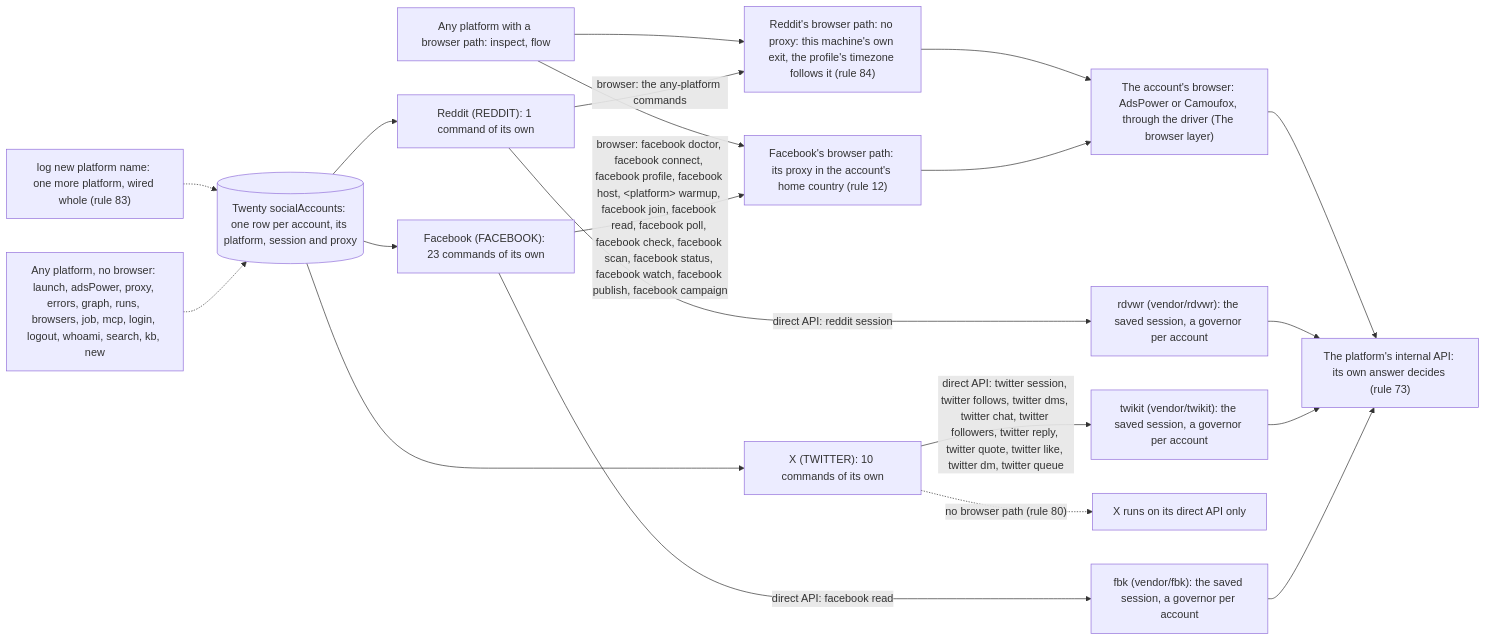
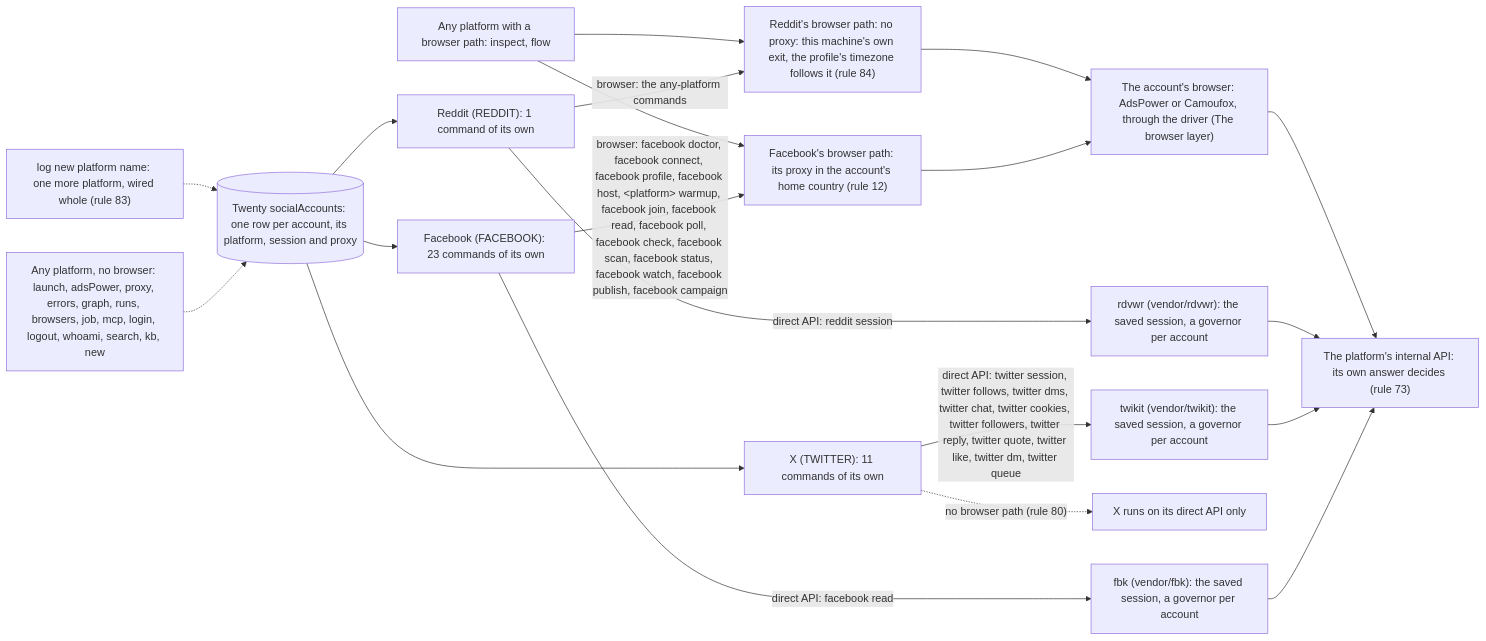
One commit to matthewdonsemail-lab/log changed the diagram in docs/diagrams/platforms.mmd. Above: the diagram before and after it, drawn with Mermaid. The commit also changed 33 other files, not shown here.

Commit message:
feat(twitter): add any X account to Twenty with cookies save, and a copy style per account

```diff
--- a/docs/diagrams/platforms.mmd
+++ b/docs/diagrams/platforms.mmd
@@ -1,30 +1,30 @@
 %% The platforms. log-cli is platform-agnostic: each platform is a row in `PLATFORMS` and `PLATFORM_SITES` (`src/cli/runner/helpers/platforms.ts`), with its direct-API client from `DIRECT_ROUTES` (`src/directApi/engine`) and its browser path, with or without a proxy. A new one is made by `log new platform <name>` (rule 83).
 %% Written by `bun run docs:build` from the code (rule 56). Not edited by hand.
 flowchart LR
   twenty[("Twenty socialAccounts: one row per account, its platform, session and proxy")]
   api["The platform's internal API: its own answer decides (rule 73)"]
   drivers["The account's browser: AdsPower or Camoufox, through the driver (The browser layer)"]
   p_facebook["Facebook (FACEBOOK): 23 commands of its own"]
   twenty --> p_facebook
   p_facebook -->|"direct API: facebook read"| e_fbk["fbk (vendor/fbk): the saved session, a governor per account"]
   e_fbk --> api
   p_facebook -->|"browser: facebook doctor, facebook connect, facebook profile, facebook host, #lt;platform#gt; warmup, facebook join, facebook read, facebook poll, facebook check, facebook scan, facebook status, facebook watch, facebook publish, facebook campaign"| b_facebook["Facebook's browser path: its proxy in the account's home country (rule 12)"]
   b_facebook --> drivers
-  p_twitter["X (TWITTER): 10 commands of its own"]
+  p_twitter["X (TWITTER): 11 commands of its own"]
   twenty --> p_twitter
-  p_twitter -->|"direct API: twitter session, twitter follows, twitter dms, twitter chat, twitter followers, twitter reply, twitter quote, twitter like, twitter dm, twitter queue"| e_twikit["twikit (vendor/twikit): the saved session, a governor per account"]
+  p_twitter -->|"direct API: twitter session, twitter follows, twitter dms, twitter chat, twitter cookies, twitter followers, twitter reply, twitter quote, twitter like, twitter dm, twitter queue"| e_twikit["twikit (vendor/twikit): the saved session, a governor per account"]
   e_twikit --> api
   p_twitter -.->|"no browser path (rule 80)"| nob_twitter["X runs on its direct API only"]
   p_reddit["Reddit (REDDIT): 1 command of its own"]
   twenty --> p_reddit
   p_reddit -->|"direct API: reddit session"| e_rdvwr["rdvwr (vendor/rdvwr): the saved session, a governor per account"]
   e_rdvwr --> api
   p_reddit -->|"browser: the any-platform commands"| b_reddit["Reddit's browser path: no proxy: this machine's own exit, the profile's timezone follows it (rule 84)"]
   b_reddit --> drivers
   anyB["Any platform with a browser path: inspect, flow"]
   anyB --> b_facebook
   anyB --> b_reddit
   anyN["Any platform, no browser: launch, adsPower, proxy, errors, graph, runs, browsers, job, mcp, login, logout, whoami, search, kb, new"]
   anyN -.-> twenty
   newP["log new platform name: one more platform, wired whole (rule 83)"] -.-> twenty
   drivers --> api
```
